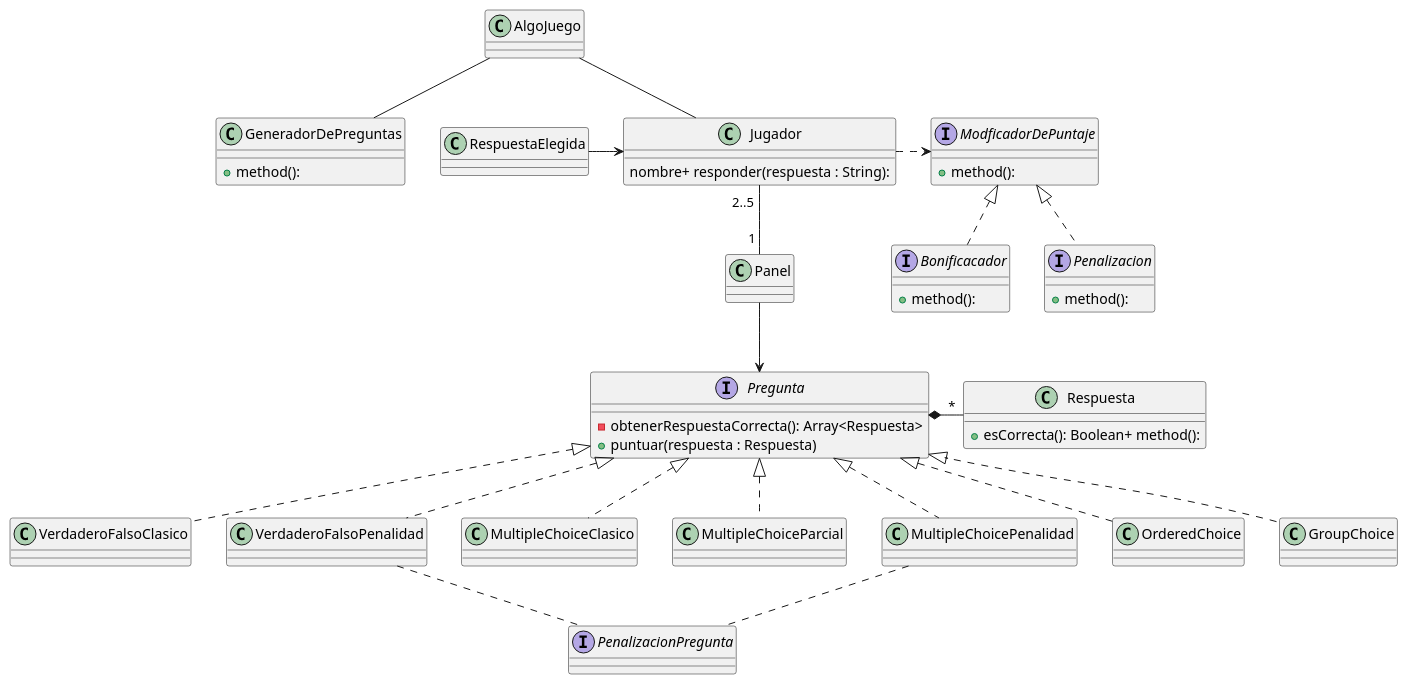
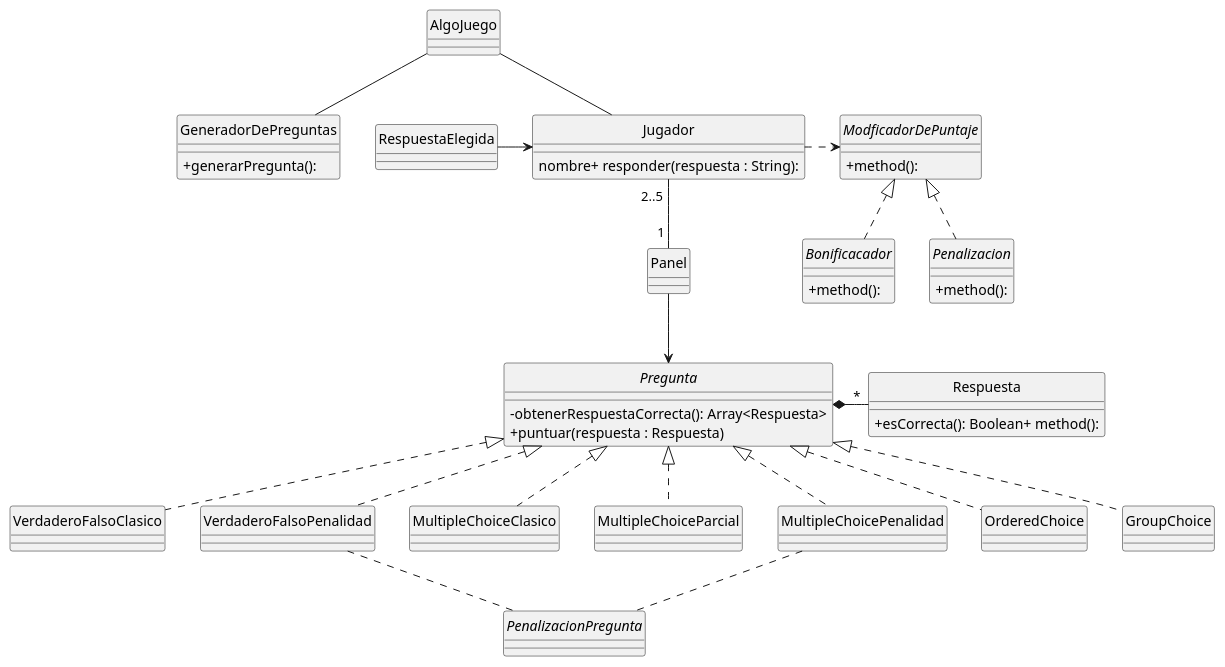
Before and after one commit to lorenzocabirta7/TP2-Algoritmos-y-Programacion-III: the diagram in src/diagramas/Diagrama Boceto.puml, drawn with PlantUML. The commit also changed 5 other files, not shown here.

Commit message:
Cambio los diagramas de clases, cambio algoJuego y creo un GeradorDePreguntas

```diff
--- a/src/diagramas/Diagrama Boceto.puml
+++ b/src/diagramas/Diagrama Boceto.puml
@@ -1,109 +1,111 @@
 @startuml
 'https://plantuml.com/class-diagram'
-
+hide circle
+skinparam classAttributeIconSize 0
+skinparam monochrome true
 
 class Jugador {
 
 nombre+ responder(respuesta : String):
 }
 
 class Panel {
 
 }
 
 class GeneradorDePreguntas{
 
-    + method():
+    + generarPregunta():
 }
 
 class AlgoJuego{
 
 }
 
 interface Pregunta {
     -obtenerRespuestaCorrecta(): Array<Respuesta>
     + puntuar(respuesta : Respuesta)
 }
 
 interface ModficadorDePuntaje {
     + method():
 }
 
 
 interface Bonificacador {
     + method():
 }
 
 interface Penalizacion {
     + method():
 }
 
 class VerdaderoFalsoClasico {
 
 }
 
 class VerdaderoFalsoPenalidad {
 
 }
 
 class MultipleChoiceClasico {
 
 }
 
 class MultipleChoiceParcial {
 
 }
 
 class MultipleChoicePenalidad {
 
 }
 
 class OrderedChoice {
 
 }
 
 class GroupChoice {
 
 }
 
 interface PenalizacionPregunta {
 
 }
 
 class Respuesta{
     +esCorrecta(): Boolean+ method():
 }
 
 class RespuestaElegida{
 
 }
 
 
 ModficadorDePuntaje <|.. Bonificacador
 ModficadorDePuntaje <|.. Penalizacion
 
 
 AlgoJuego -- Jugador
 AlgoJuego-- GeneradorDePreguntas
 Panel --> Pregunta
 Pregunta *-"*"Respuesta
 
 Pregunta <|.. VerdaderoFalsoClasico
 Pregunta <|.. VerdaderoFalsoPenalidad
 Pregunta <|.. MultipleChoiceClasico
 Pregunta <|.. MultipleChoiceParcial
 Pregunta <|.. MultipleChoicePenalidad
 Pregunta <|.. OrderedChoice
 Pregunta <|.. GroupChoice
 
 RespuestaElegida -> Jugador
 
 
 Jugador "2..5 "--"1 " Panel
 Jugador .> ModficadorDePuntaje
 
 
 VerdaderoFalsoPenalidad .. PenalizacionPregunta
 MultipleChoicePenalidad.. PenalizacionPregunta
 
 @enduml
```
